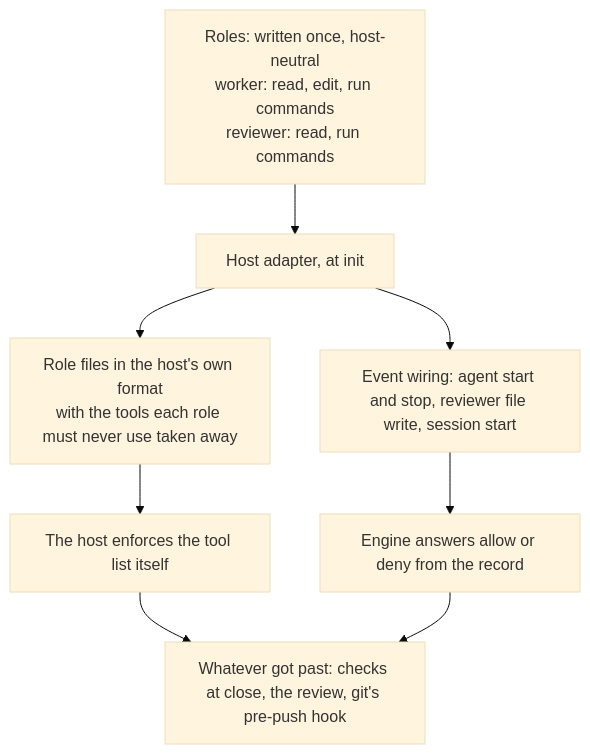
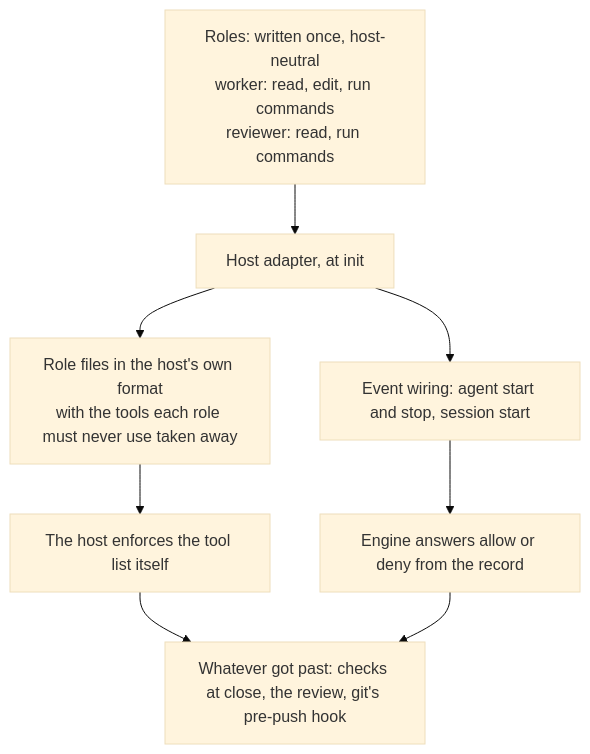
The third of 3 diagrams in docs/architecture/RESPONSIBILITIES.md (trustmybot/tmb), drawn with Mermaid (base theme) before and after one commit. The commit also changed other lines of this file and 7 other files, not shown here.

````diff
--- a/docs/architecture/RESPONSIBILITIES.md
+++ b/docs/architecture/RESPONSIBILITIES.md
@@ -152,10 +152,10 @@
 ```mermaid
 flowchart TD
     A["Roles: written once, host-neutral<br/>worker: read, edit, run commands<br/>reviewer: read, run commands"] --> B["Host adapter, at init"]
     B --> C["Role files in the host's own format<br/>with the tools each role must never use taken away"]
     C --> D["The host enforces the tool list itself"]
-    B --> E["Event wiring: agent start and stop, reviewer file write, session start"]
+    B --> E["Event wiring: agent start and stop, session start"]
     E --> F["Engine answers allow or deny from the record"]
     D --> G["Whatever got past: checks at close, the review, git's pre-push hook"]
     F --> G
 ```
````
